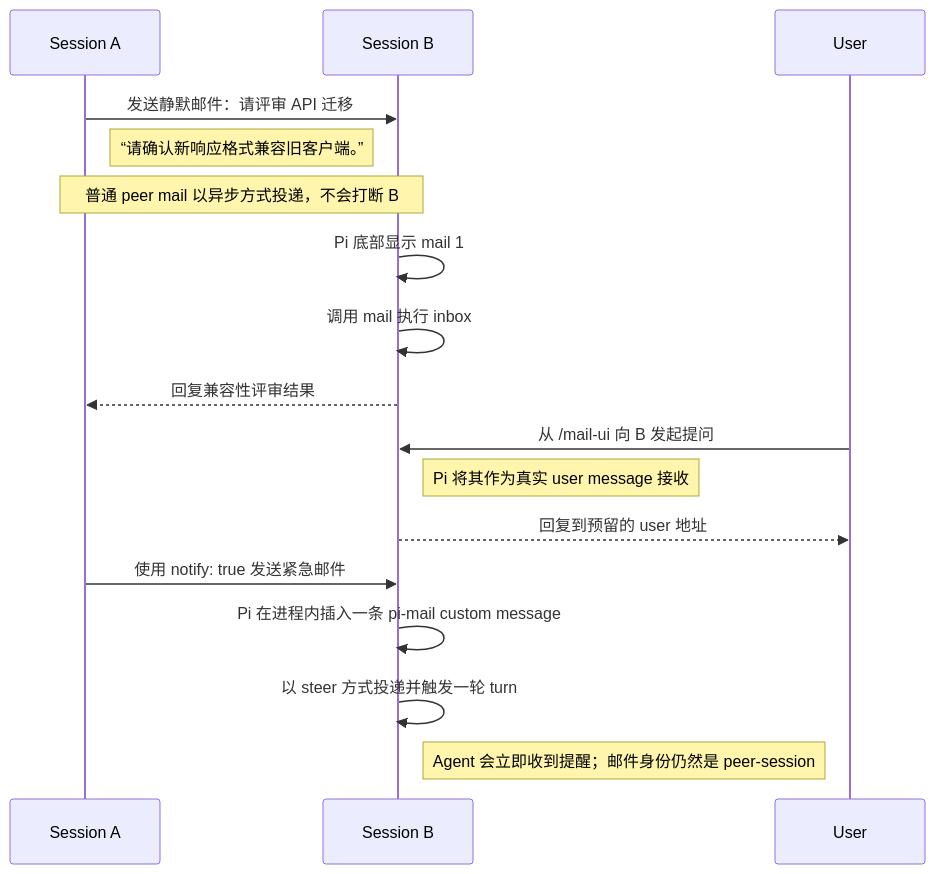
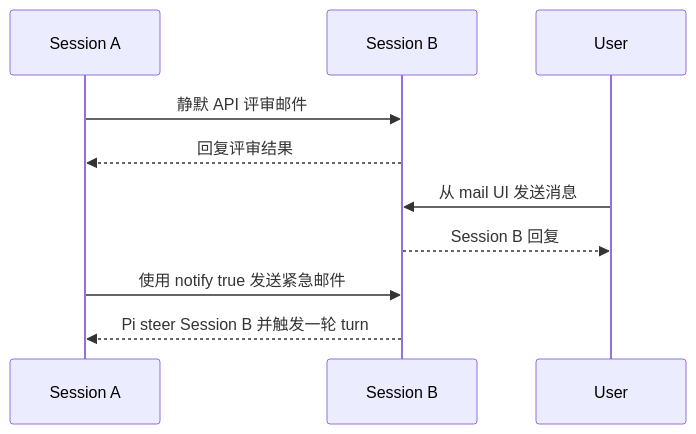
The diagram in README.zh-CN.md (frostime/pi-mail), drawn with Mermaid before and after one commit. The commit also changed 1 other file, not shown here.

Commit message:
🐛 fix(docs): simplify GitHub Mermaid diagrams

````diff
--- a/README.zh-CN.md
+++ b/README.zh-CN.md
@@ -13,22 +13,15 @@
 ```mermaid
 sequenceDiagram
     participant A as Session A
     participant B as Session B
     participant U as User
 
-    A->>B: 发送静默邮件：请评审 API 迁移
-    Note right of A: “请确认新响应格式兼容旧客户端。”
-    Note over A,B: 普通 peer mail 以异步方式投递，不会打断 B
-    B->>B: Pi 底部显示 mail 1
-    B->>B: 调用 mail 执行 inbox
-    B-->>A: 回复兼容性评审结果
+    A->>B: 静默 API 评审邮件
+    B-->>A: 回复评审结果
 
-    U->>B: 从 /mail-ui 向 B 发起提问
-    Note right of B: Pi 将其作为真实 user message 接收
-    B-->>U: 回复到预留的 user 地址
+    U->>B: 从 mail UI 发送消息
+    B-->>U: Session B 回复
 
-    A->>B: 使用 notify: true 发送紧急邮件
-    B->>B: Pi 在进程内插入一条 pi-mail custom message
-    B->>B: 以 steer 方式投递并触发一轮 turn
-    Note right of B: Agent 会立即收到提醒；邮件身份仍然是 peer-session
+    A->>B: 使用 notify true 发送紧急邮件
+    B-->>A: Pi steer Session B 并触发一轮 turn
 ```
````
